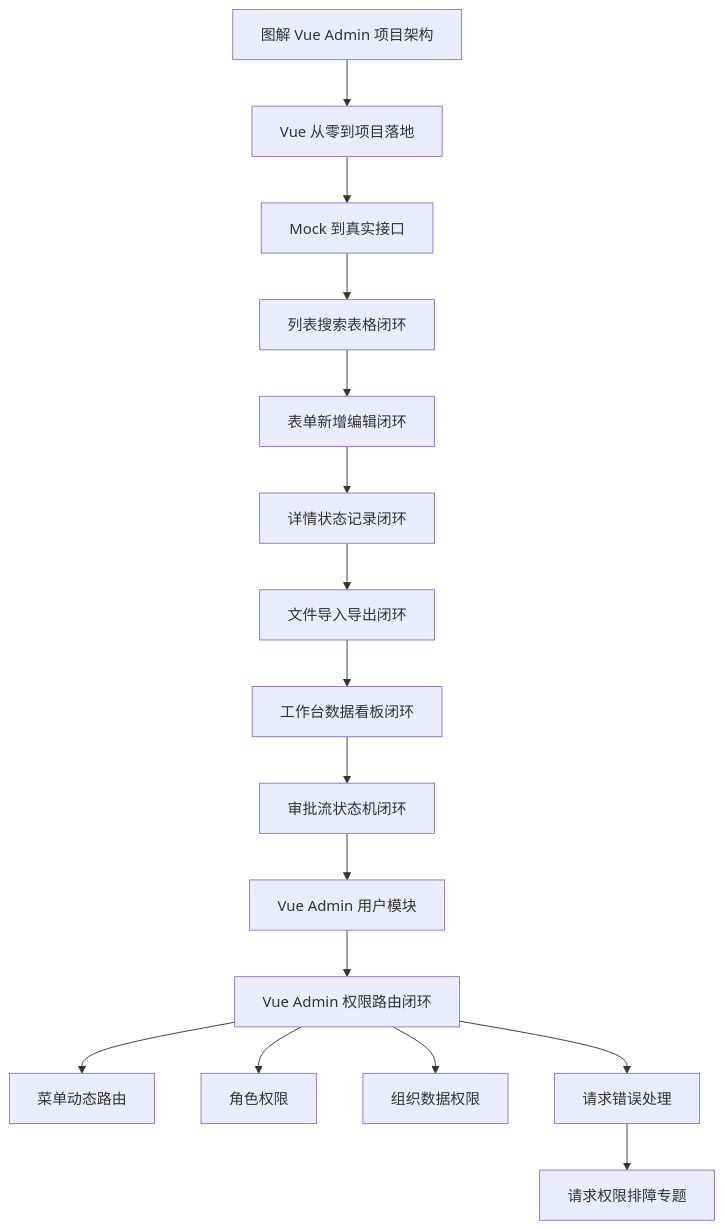
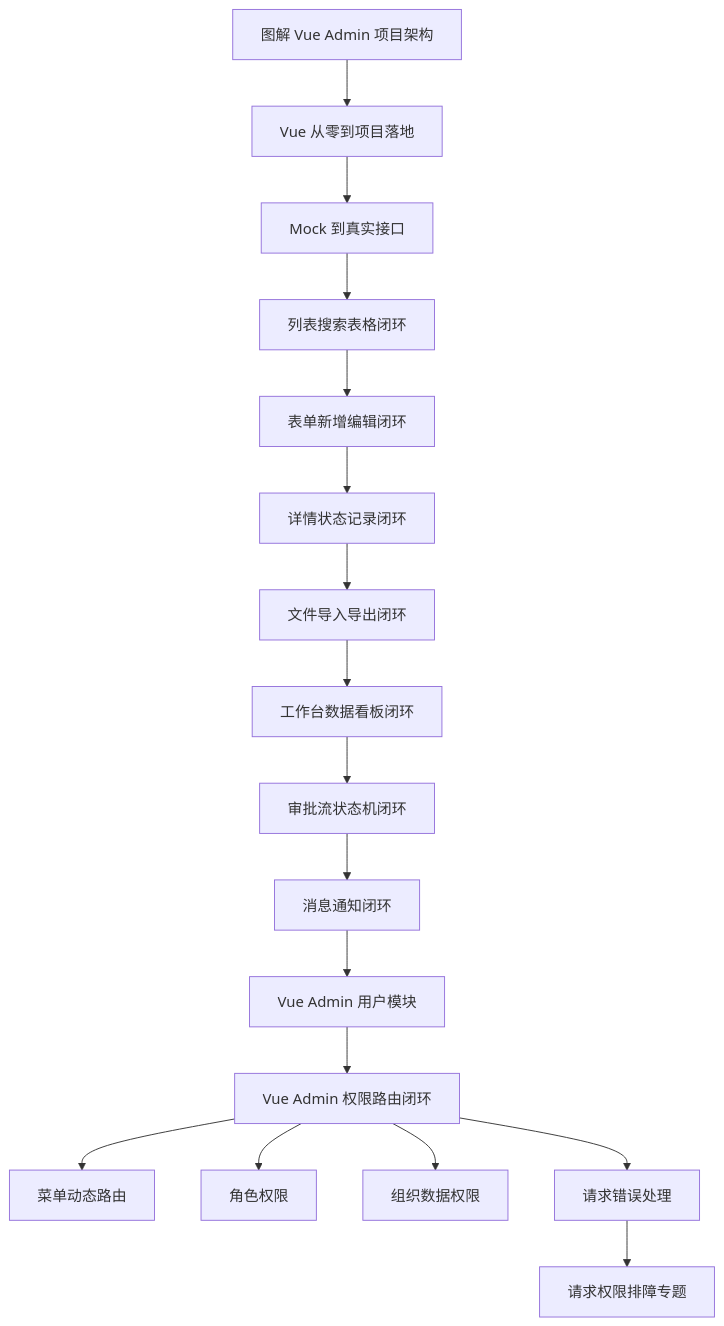
Diagram 17 of 17 in docs/vue/admin-architecture-visual-guide.md (yokry-he/yok-study-web), drawn with Mermaid before and after one commit. The commit also changed other lines of this file and 12 other files, not shown here.

Commit message:
docs: add Vue Admin notification center guide

````diff
--- a/docs/vue/admin-architecture-visual-guide.md
+++ b/docs/vue/admin-architecture-visual-guide.md
@@ -531,18 +531,19 @@
 ```mermaid
 flowchart TD
   A["图解 Vue Admin 项目架构"] --> B["Vue 从零到项目落地"]
   B --> C["Mock 到真实接口"]
   C --> D["列表搜索表格闭环"]
   D --> E["表单新增编辑闭环"]
   E --> F["详情状态记录闭环"]
   F --> G["文件导入导出闭环"]
   G --> H["工作台数据看板闭环"]
   H --> I["审批流状态机闭环"]
-  I --> J["Vue Admin 用户模块"]
-  J --> K["Vue Admin 权限路由闭环"]
-  K --> L["菜单动态路由"]
-  K --> M["角色权限"]
-  K --> N["组织数据权限"]
-  K --> O["请求错误处理"]
-  O --> P["请求权限排障专题"]
+  I --> J["消息通知闭环"]
+  J --> K["Vue Admin 用户模块"]
+  K --> L["Vue Admin 权限路由闭环"]
+  L --> M["菜单动态路由"]
+  L --> N["角色权限"]
+  L --> O["组织数据权限"]
+  L --> P["请求错误处理"]
+  P --> Q["请求权限排障专题"]
 ```
````
